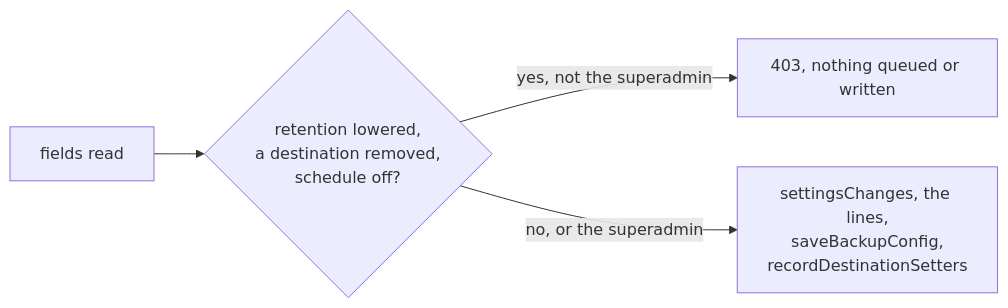
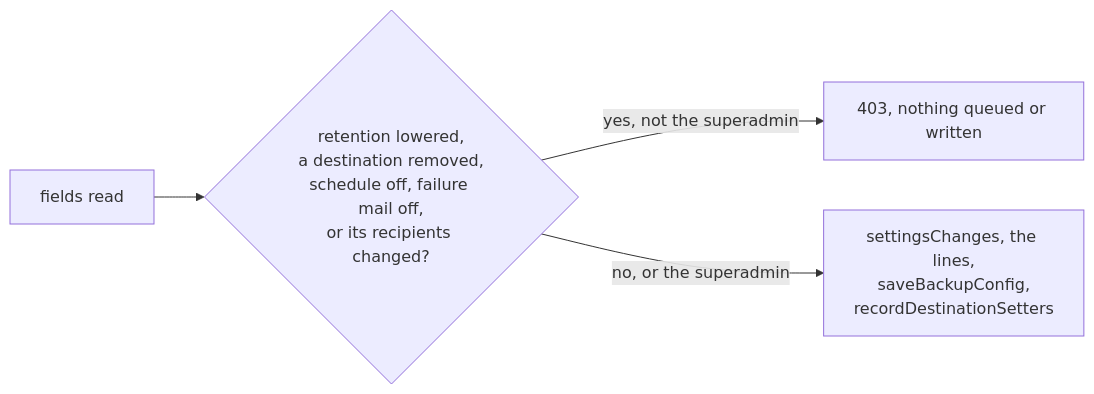
Diagram 11 of 19 in docs/backup-reporting.md (gitBoon/DumpFire), drawn with Mermaid before and after one commit. The commit also changed other lines of this file and 11 other files, not shown here.

First line of the commit message:
feat: only the superadmin can switch off the backup failure mail or change who receives it (2408)

````diff
--- a/docs/backup-reporting.md
+++ b/docs/backup-reporting.md
@@ -825,6 +832,6 @@
 ```mermaid
 flowchart LR
-    Read["fields read"] --> G{"retention lowered,<br/>a destination removed,<br/>schedule off?"}
+    Read["fields read"] --> G{"retention lowered,<br/>a destination removed,<br/>schedule off, failure mail off,<br/>or its recipients changed?"}
     G -->|"yes, not the superadmin"| R["403, nothing queued or written"]
     G -->|"no, or the superadmin"| C["settingsChanges, the lines,<br/>saveBackupConfig,<br/>recordDestinationSetters"]
 ```
````
